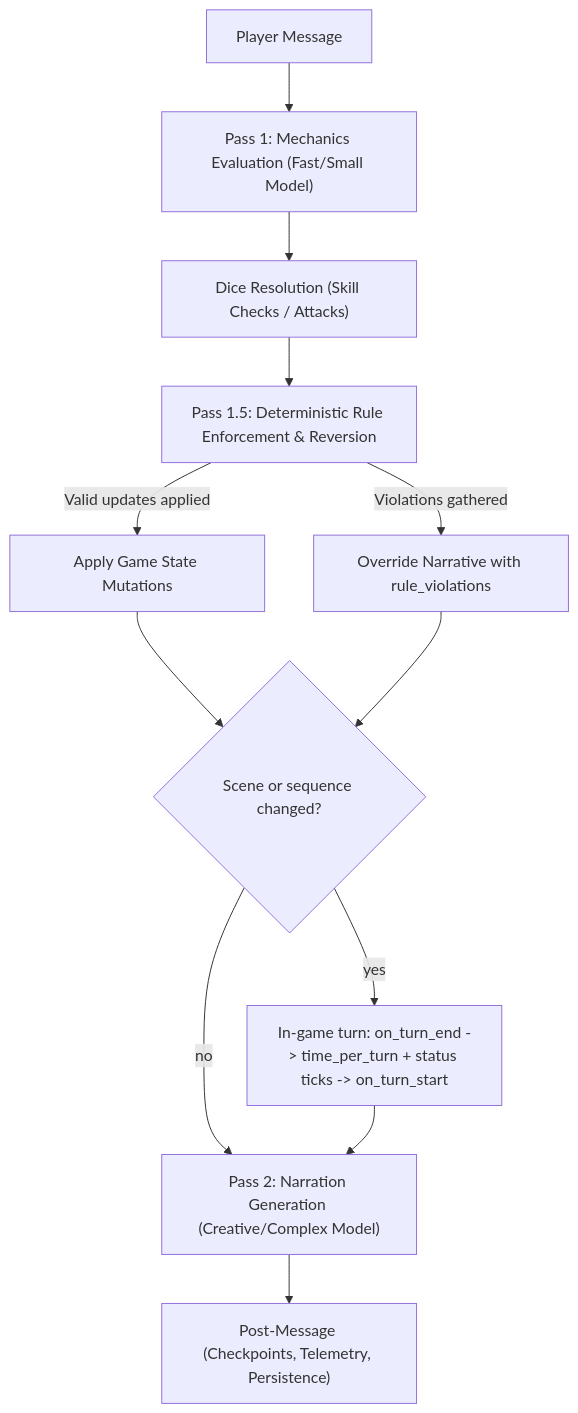
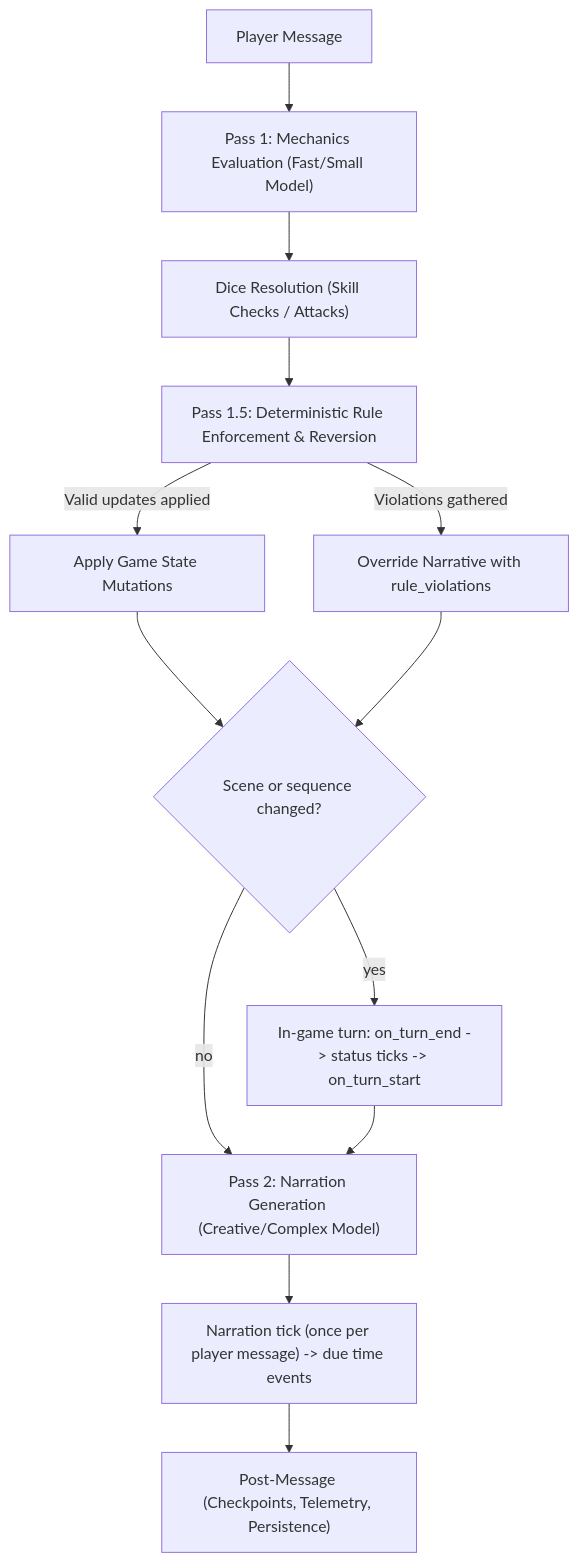
One commit to jschm42/taleweaver changed the diagram in .agents/rules/architecture.md. Above: the diagram before and after it, drawn with Mermaid. The commit also changed other lines of this file and 57 other files, not shown here.

````diff
--- a/.agents/rules/architecture.md
+++ b/.agents/rules/architecture.md
@@ -35,14 +35,15 @@
 ```mermaid
 graph TD
     A["Player Message"] --> C["Pass 1: Mechanics Evaluation (Fast/Small Model)"]
     C --> D["Dice Resolution (Skill Checks / Attacks)"]
     D --> E["Pass 1.5: Deterministic Rule Enforcement & Reversion"]
     E -->|Valid updates applied| F["Apply Game State Mutations"]
     E -->|Violations gathered| G["Override Narrative with rule_violations"]
     F --> T{"Scene or sequence changed?"}
     G --> T
-    T -->|yes| U["In-game turn: on_turn_end -> time_per_turn + status ticks -> on_turn_start"]
+    T -->|yes| U["In-game turn: on_turn_end -> status ticks -> on_turn_start"]
     T -->|no| H
     U --> H["Pass 2: Narration Generation (Creative/Complex Model)"]
-    H --> I["Post-Message (Checkpoints, Telemetry, Persistence)"]
+    H --> K["Narration tick (once per player message) -> due time events"]
+    K --> I["Post-Message (Checkpoints, Telemetry, Persistence)"]
 ```
````
